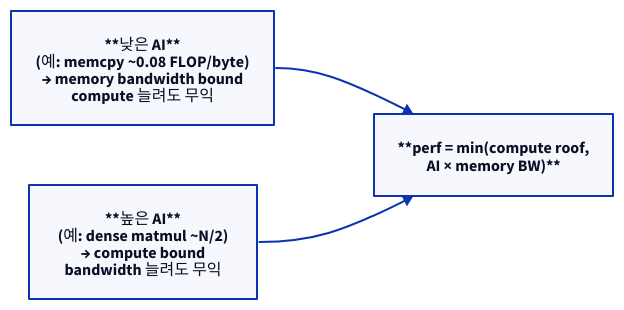
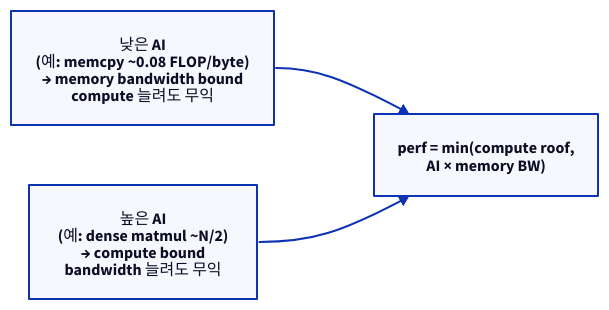
One commit to humbleowl39/DV_SKOOL changed the third of 4 diagrams in starlight_site/src/content/docs/computer_architecture/13_performance_laws_dsa.md. Above: the diagram before and after it, drawn with D2. The commit also changed other lines of this file and 714 other files, not shown here.

First line of the commit message:
fix(site): d2 다이어그램 가독성 결함 6종 일괄 수정

````diff
--- a/starlight_site/src/content/docs/computer_architecture/13_performance_laws_dsa.md
+++ b/starlight_site/src/content/docs/computer_architecture/13_performance_laws_dsa.md
@@ -126,10 +126,10 @@
 ```d2
 direction: right
 
-LOW: "**낮은 AI**\n(예: memcpy ~0.08 FLOP/byte)\n→ memory bandwidth bound\ncompute 늘려도 무익"
-HIGH: "**높은 AI**\n(예: dense matmul ~N/2)\n→ compute bound\nbandwidth 늘려도 무익"
-ROOF: "**perf = min(compute roof,\nAI × memory BW)**"
+LOW: "낮은 AI\n(예: memcpy ~0.08 FLOP/byte)\n→ memory bandwidth bound\ncompute 늘려도 무익"
+HIGH: "높은 AI\n(예: dense matmul ~N/2)\n→ compute bound\nbandwidth 늘려도 무익"
+ROOF: "perf = min(compute roof,\nAI × memory BW)"
 
 LOW -> ROOF
 HIGH -> ROOF
 ```
````
